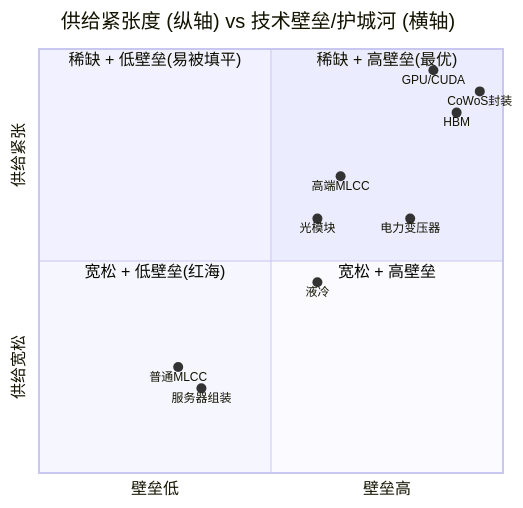
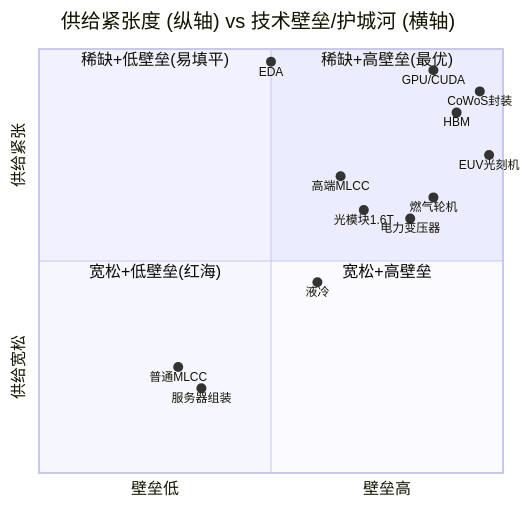
One commit to zhidaqian/understand-anything changed the fifth of 8 diagrams in docs/ai-supply-chain/README.md. Above: the diagram before and after it, drawn with Mermaid. The commit also changed other lines of this file, not shown here.

````diff
--- a/docs/ai-supply-chain/README.md
+++ b/docs/ai-supply-chain/README.md
@@ -218,19 +316,22 @@
 ```mermaid
 quadrantChart
     title 供给紧张度 (纵轴) vs 技术壁垒/护城河 (横轴)
     x-axis "壁垒低" --> "壁垒高"
     y-axis "供给宽松" --> "供给紧张"
-    quadrant-1 "稀缺 + 高壁垒(最优)"
-    quadrant-2 "稀缺 + 低壁垒(易被填平)"
-    quadrant-3 "宽松 + 低壁垒(红海)"
-    quadrant-4 "宽松 + 高壁垒"
+    quadrant-1 "稀缺+高壁垒(最优)"
+    quadrant-2 "稀缺+低壁垒(易填平)"
+    quadrant-3 "宽松+低壁垒(红海)"
+    quadrant-4 "宽松+高壁垒"
+    "EUV光刻机": [0.97, 0.75]
     "CoWoS封装": [0.95, 0.9]
+    "EDA": [0.5, 0.97]
     "HBM": [0.9, 0.85]
     "GPU/CUDA": [0.85, 0.95]
     "电力变压器": [0.8, 0.6]
+    "燃气轮机": [0.85, 0.65]
     "高端MLCC": [0.65, 0.7]
+    "光模块1.6T": [0.7, 0.62]
     "液冷": [0.6, 0.45]
-    "光模块": [0.6, 0.6]
     "普通MLCC": [0.3, 0.25]
     "服务器组装": [0.35, 0.2]
 ```
````
